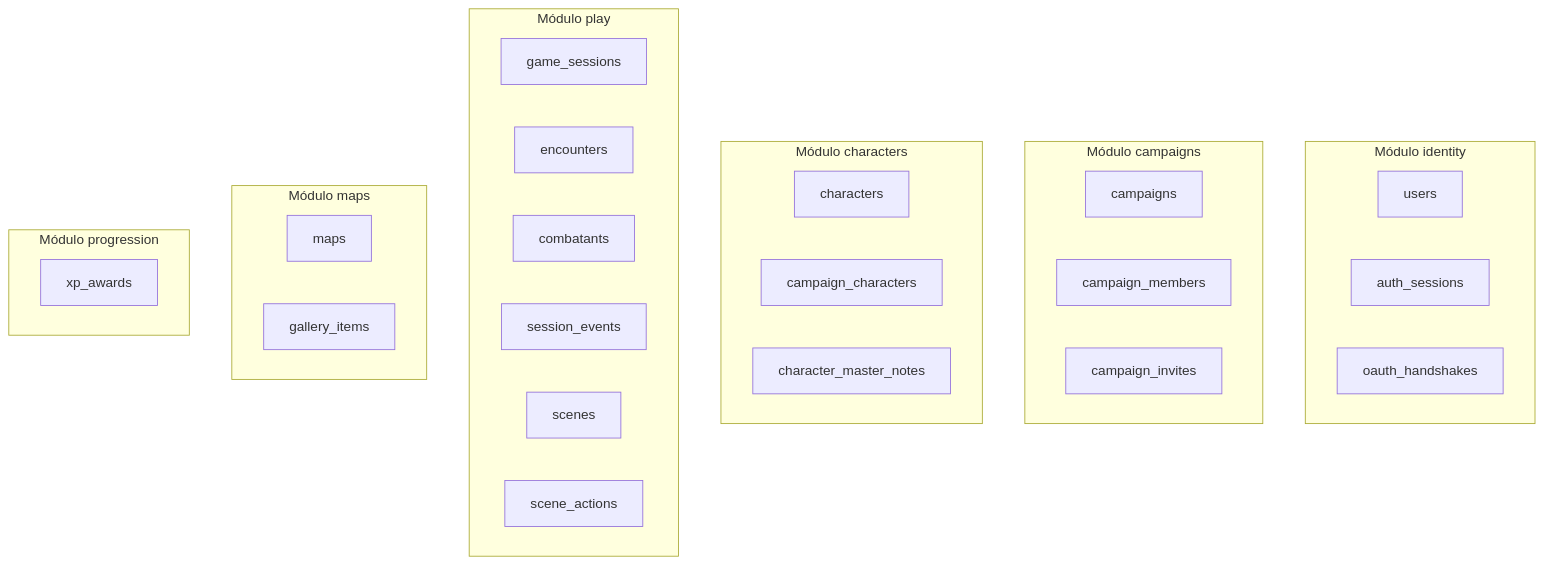
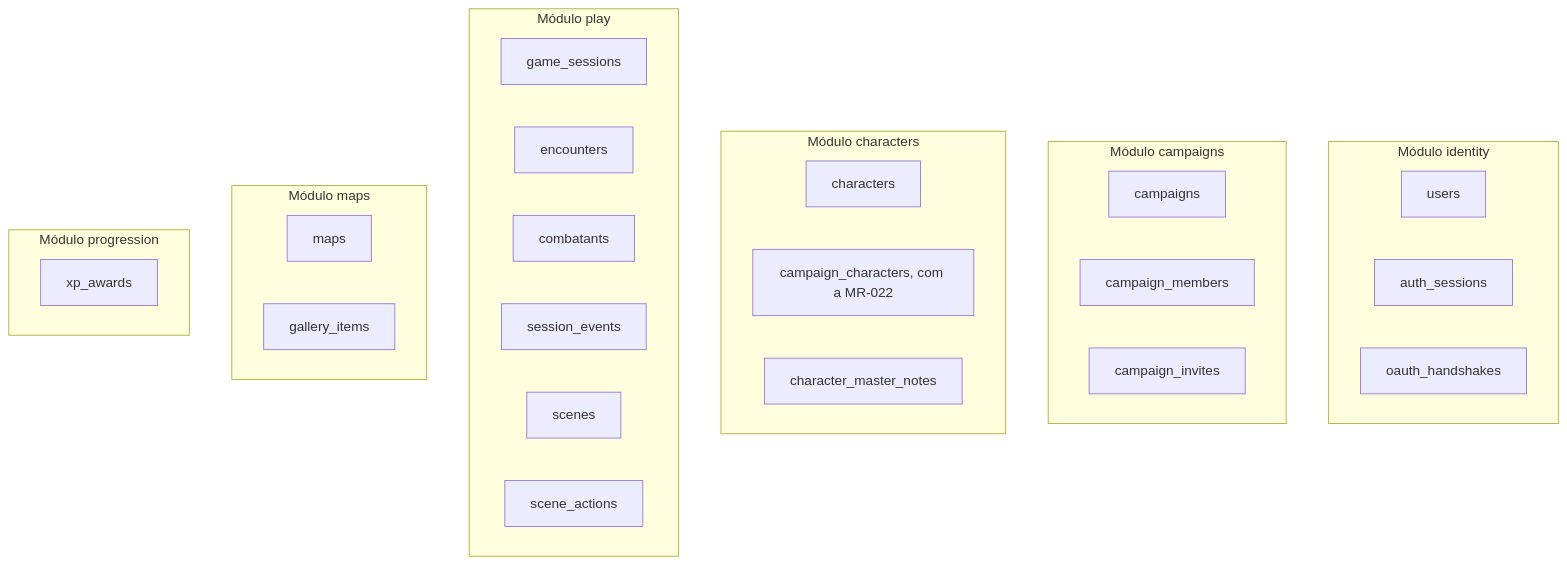
The second of 3 diagrams in docs/dados.md (PuraFome/meuRPG), drawn with Mermaid before and after one commit. The commit also changed other lines of this file and 43 other files, not shown here.

````diff
--- a/docs/dados.md
+++ b/docs/dados.md
@@ -219,38 +221,38 @@
 ```mermaid
 flowchart TD
     subgraph identity["Módulo identity"]
         t_users["users"]
         t_auth_sessions["auth_sessions"]
         t_oauth_handshakes["oauth_handshakes"]
     end
 
     subgraph campaigns_mod["Módulo campaigns"]
         t_campaigns["campaigns"]
         t_campaign_members["campaign_members"]
         t_campaign_invites["campaign_invites"]
     end
 
     subgraph characters_mod["Módulo characters"]
         t_characters["characters"]
-        t_campaign_characters["campaign_characters"]
+        t_campaign_characters["campaign_characters, com a MR-022"]
         t_character_master_notes["character_master_notes"]
     end
 
     subgraph play["Módulo play"]
         t_game_sessions["game_sessions"]
         t_encounters["encounters"]
         t_combatants["combatants"]
         t_session_events["session_events"]
         t_scenes["scenes"]
         t_scene_actions["scene_actions"]
     end
 
     subgraph maps_mod["Módulo maps"]
         t_maps["maps"]
         t_gallery_items["gallery_items"]
     end
 
     subgraph progression["Módulo progression"]
         t_xp_awards["xp_awards"]
     end
 ```
````
